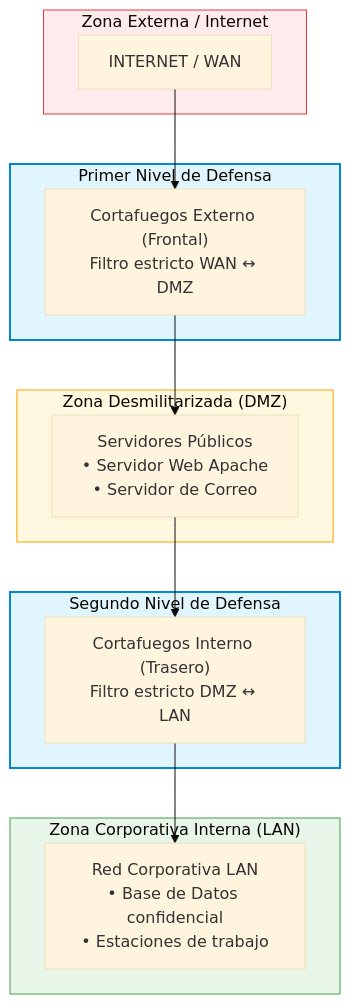
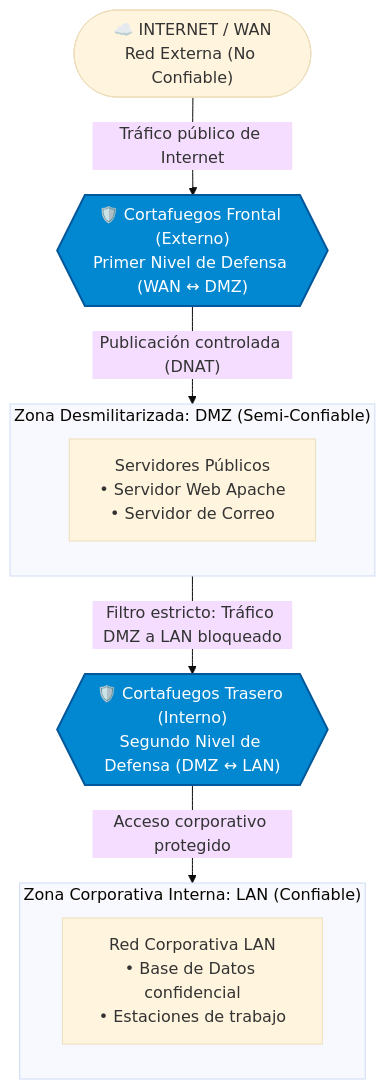
The seventh of 7 diagrams in docs/Ud7 Seguridad Perimetral Cortafuegos y DMZ/Ud7_seguridad_perimetral_cortafuegos_y_dmz.md (jmunozji/SAD), drawn with Mermaid (base theme) before and after one commit. The commit also changed other lines of this file and 1 other file, not shown here.

````diff
--- a/docs/Ud7 Seguridad Perimetral Cortafuegos y DMZ/Ud7_seguridad_perimetral_cortafuegos_y_dmz.md
+++ b/docs/Ud7 Seguridad Perimetral Cortafuegos y DMZ/Ud7_seguridad_perimetral_cortafuegos_y_dmz.md
@@ -353,33 +345,27 @@
 ```mermaid
-graph TD
-    subgraph WANZone ["Zona Externa / Internet"]
-        WAN["INTERNET / WAN"]
-    end
+flowchart TD
+    WAN(["☁️ INTERNET / WAN<br>Red Externa (No Confiable)"])
 
-    subgraph FrontZone ["Primer Nivel de Defensa"]
-        FW1["Cortafuegos Externo (Frontal)<br>Filtro estricto WAN ↔ DMZ"]
-    end
+    WAN -->|"Tráfico público de Internet"| FW1
 
-    subgraph DMZZone ["Zona Desmilitarizada (DMZ)"]
+    FW1{{"🛡️ Cortafuegos Frontal (Externo)<br>Primer Nivel de Defensa (WAN ↔ DMZ)"}}
+
+    FW1 -->|"Publicación controlada (DNAT)"| DMZZone
+
+    subgraph DMZZone ["Zona Desmilitarizada: DMZ (Semi-Confiable)"]
         DMZ["Servidores Públicos<br>• Servidor Web Apache<br>• Servidor de Correo"]
     end
 
-    subgraph BackZone ["Segundo Nivel de Defensa"]
-        FW2["Cortafuegos Interno (Trasero)<br>Filtro estricto DMZ ↔ LAN"]
-    end
+    DMZZone -->|"Filtro estricto: Tráfico DMZ a LAN bloqueado"| FW2
 
-    subgraph LANZone ["Zona Corporativa Interna (LAN)"]
+    FW2{{"🛡️ Cortafuegos Trasero (Interno)<br>Segundo Nivel de Defensa (DMZ ↔ LAN)"}}
+
+    FW2 -->|"Acceso corporativo protegido"| LANZone
+
+    subgraph LANZone ["Zona Corporativa Interna: LAN (Confiable)"]
         LAN["Red Corporativa LAN<br>• Base de Datos confidencial<br>• Estaciones de trabajo"]
     end
 
-    WAN --> FW1
-    FW1 --> DMZ
-    DMZ --> FW2
-    FW2 --> LAN
-
-    style WANZone fill:#ffebee,stroke:#e53935,stroke-width:1px
-    style FrontZone fill:#e1f5fe,stroke:#0288d1,stroke-width:2px
-    style DMZZone fill:#fff8e1,stroke:#ffa000,stroke-width:1px
-    style BackZone fill:#e1f5fe,stroke:#0288d1,stroke-width:2px
-    style LANZone fill:#e8f5e9,stroke:#43a047,stroke-width:1px
+    style FW1 fill:#0288d1,stroke:#01579b,stroke-width:2px,color:#ffffff
+    style FW2 fill:#0288d1,stroke:#01579b,stroke-width:2px,color:#ffffff
 ```
````
